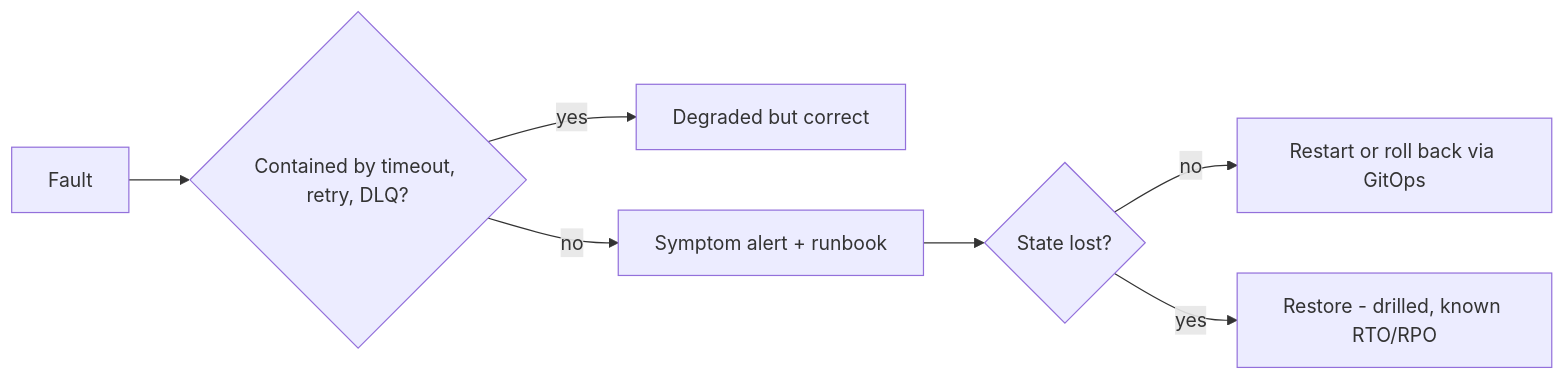
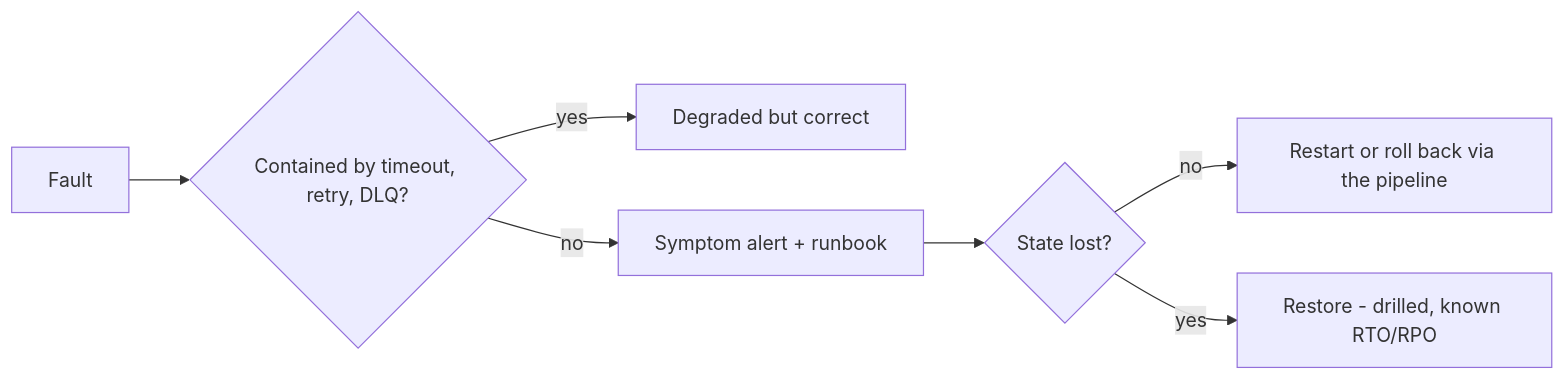
Before and after one commit to epiccoolguy/autonix: the diagram in home/skills/simple-architecture/reference/operability.md, drawn with Mermaid. The commit also changed other lines of this file and 8 other files, not shown here.

First line of the commit message:
feat(skills): stack-neutral architecture defaults with org-standards precedence

````diff
--- a/home/skills/simple-architecture/reference/operability.md
+++ b/home/skills/simple-architecture/reference/operability.md
@@ -32,9 +32,9 @@
 ```mermaid
 flowchart LR
     F[Fault] --> T{Contained by timeout, retry, DLQ?}
     T -- yes --> OK[Degraded but correct]
     T -- no --> A[Symptom alert + runbook]
     A --> R{State lost?}
-    R -- no --> RB[Restart or roll back via GitOps]
+    R -- no --> RB[Restart or roll back via the pipeline]
     R -- yes --> RS[Restore - drilled, known RTO/RPO]
 ```
````
